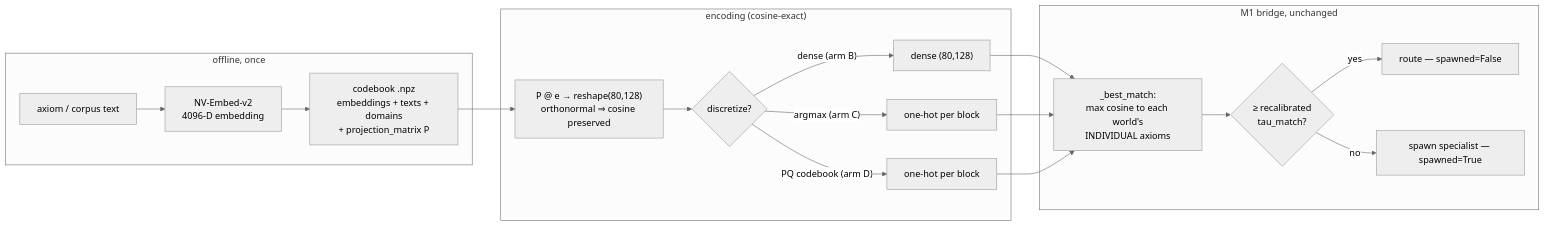
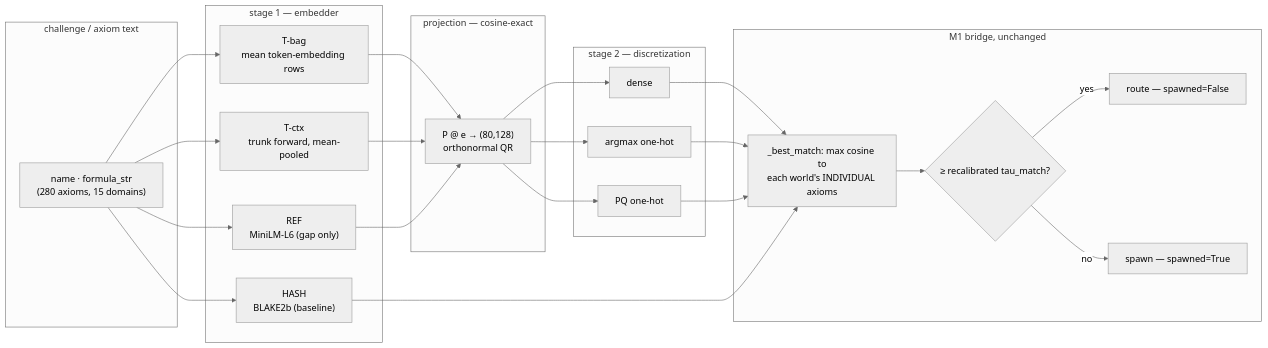
One commit to Grillcheese-AI/CubbyLLM changed the diagram in docs/superpowers/specs/2026-08-06-hf2-m2-semantic-context-encoding-design.md. Above: the diagram before and after it, drawn with Mermaid (neutral theme). The commit also changed other lines of this file and 1 other file, not shown here.

````diff
--- a/docs/superpowers/specs/2026-08-06-hf2-m2-semantic-context-encoding-design.md
+++ b/docs/superpowers/specs/2026-08-06-hf2-m2-semantic-context-encoding-design.md
@@ -107,22 +94,31 @@
 ```mermaid
 flowchart LR
-    subgraph OFFLINE["offline, once"]
-      T["axiom / corpus text"] --> NV["NV-Embed-v2<br/>4096-D embedding"]
-      NV --> CB["codebook .npz<br/>embeddings + texts + domains<br/>+ projection_matrix P"]
+    subgraph SRC["challenge / axiom text"]
+      TXT["name  ·  formula_str<br/>(280 axioms, 15 domains)"]
     end
-    subgraph ENCODE["encoding (cosine-exact)"]
-      CB --> P["P @ e → reshape(80,128)<br/>orthonormal ⇒ cosine preserved"]
-      P --> Q{"discretize?"}
-      Q -->|"dense (arm B)"| DENSE["dense (80,128)"]
-      Q -->|"argmax (arm C)"| OH1["one-hot per block"]
-      Q -->|"PQ codebook (arm D)"| OH2["one-hot per block"]
+    subgraph EMB["stage 1 — embedder"]
+      TXT --> H["HASH<br/>BLAKE2b (baseline)"]
+      TXT --> TB["T-bag<br/>mean token-embedding rows"]
+      TXT --> TC["T-ctx<br/>trunk forward, mean-pooled"]
+      TXT --> RF["REF<br/>MiniLM-L6 (gap only)"]
     end
-    subgraph ROUTE["M1 bridge, unchanged"]
-      DENSE --> BM["_best_match:<br/>max cosine to each world's<br/>INDIVIDUAL axioms"]
-      OH1 --> BM
-      OH2 --> BM
-      BM --> DEC{"≥ recalibrated<br/>tau_match?"}
+    subgraph PRJ["projection — cosine-exact"]
+      TB --> P["P @ e → (80,128)<br/>orthonormal QR"]
+      TC --> P
+      RF --> P
+    end
+    subgraph DSC["stage 2 — discretization"]
+      P --> D1["dense"]
+      P --> D2["argmax one-hot"]
+      P --> D3["PQ one-hot"]
+    end
+    subgraph RT["M1 bridge, unchanged"]
+      D1 --> BM["_best_match: max cosine to<br/>each world's INDIVIDUAL axioms"]
+      D2 --> BM
+      D3 --> BM
+      H --> BM
+      BM --> DEC{"≥ recalibrated tau_match?"}
       DEC -->|yes| R["route — spawned=False"]
-      DEC -->|no| S["spawn specialist — spawned=True"]
+      DEC -->|no| S["spawn — spawned=True"]
     end
 ```
````
